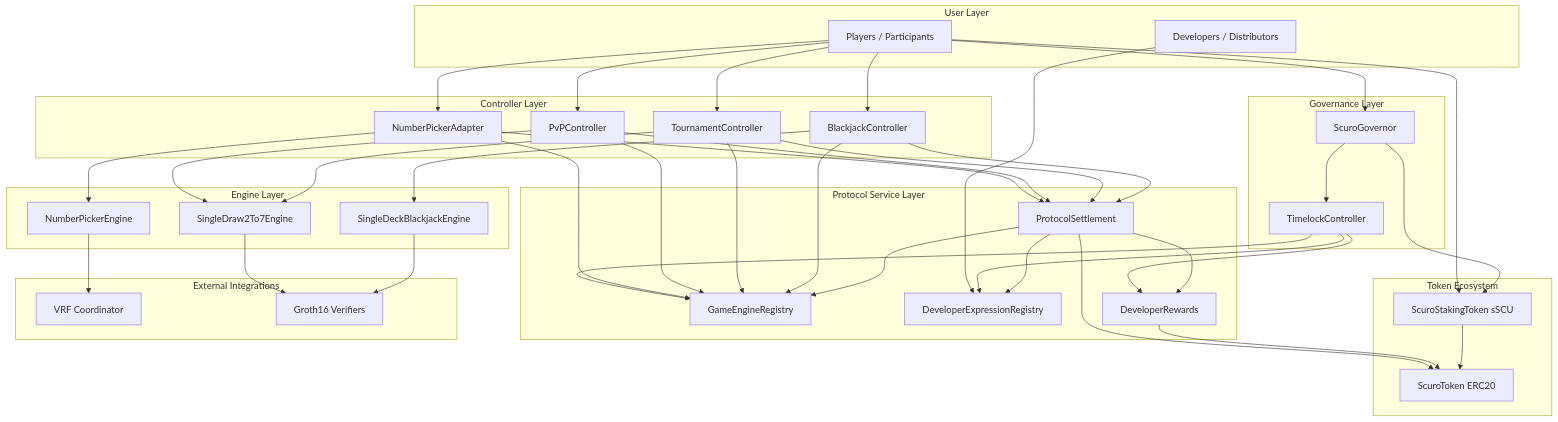
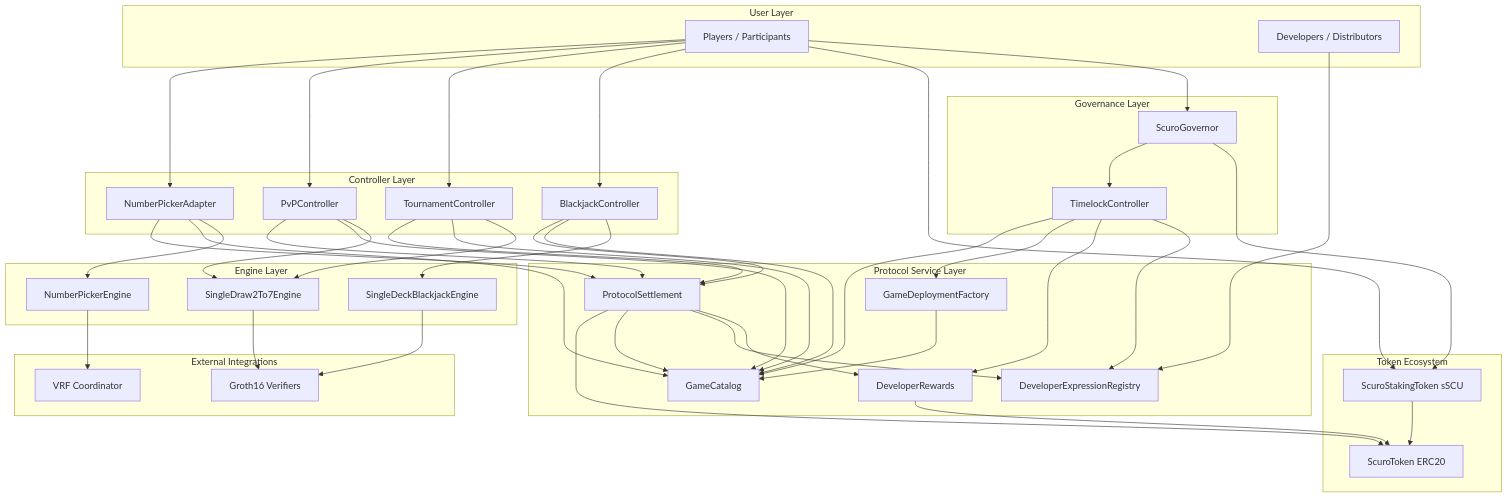
The diagram in docs/protocol-architecture.md (zachdt/scuro), drawn with Mermaid before and after one commit. The commit also changed other lines of this file and 28 other files, not shown here.

```diff
--- a/docs/protocol-architecture.md
+++ b/docs/protocol-architecture.md
@@ -27,7 +27,8 @@
 
     subgraph ServiceLayer [Protocol Service Layer]
         Settlement[ProtocolSettlement]
-        Registry[GameEngineRegistry]
+        Catalog[GameCatalog]
+        Factory[GameDeploymentFactory]
         Expressions[DeveloperExpressionRegistry]
         Rewards[DeveloperRewards]
     end
@@ -58,30 +59,32 @@
 
     Governor --> Timelock
     Governor --> Stake
-    Timelock --> Registry
+    Timelock --> Catalog
+    Timelock --> Factory
     Timelock --> Rewards
     Timelock --> Expressions
 
     Solo --> Settlement
-    Solo --> Registry
+    Solo --> Catalog
     Solo --> NumberPicker
 
     PvP --> Settlement
-    PvP --> Registry
+    PvP --> Catalog
     PvP --> Poker
 
     Tourn --> Settlement
-    Tourn --> Registry
+    Tourn --> Catalog
     Tourn --> Poker
 
     BjCtrl --> Settlement
-    BjCtrl --> Registry
+    BjCtrl --> Catalog
     BjCtrl --> Blackjack
 
     Settlement --> Token
-    Settlement --> Registry
+    Settlement --> Catalog
     Settlement --> Expressions
     Settlement --> Rewards
+    Factory --> Catalog
     Rewards --> Token
     Stake --> Token
 
```
